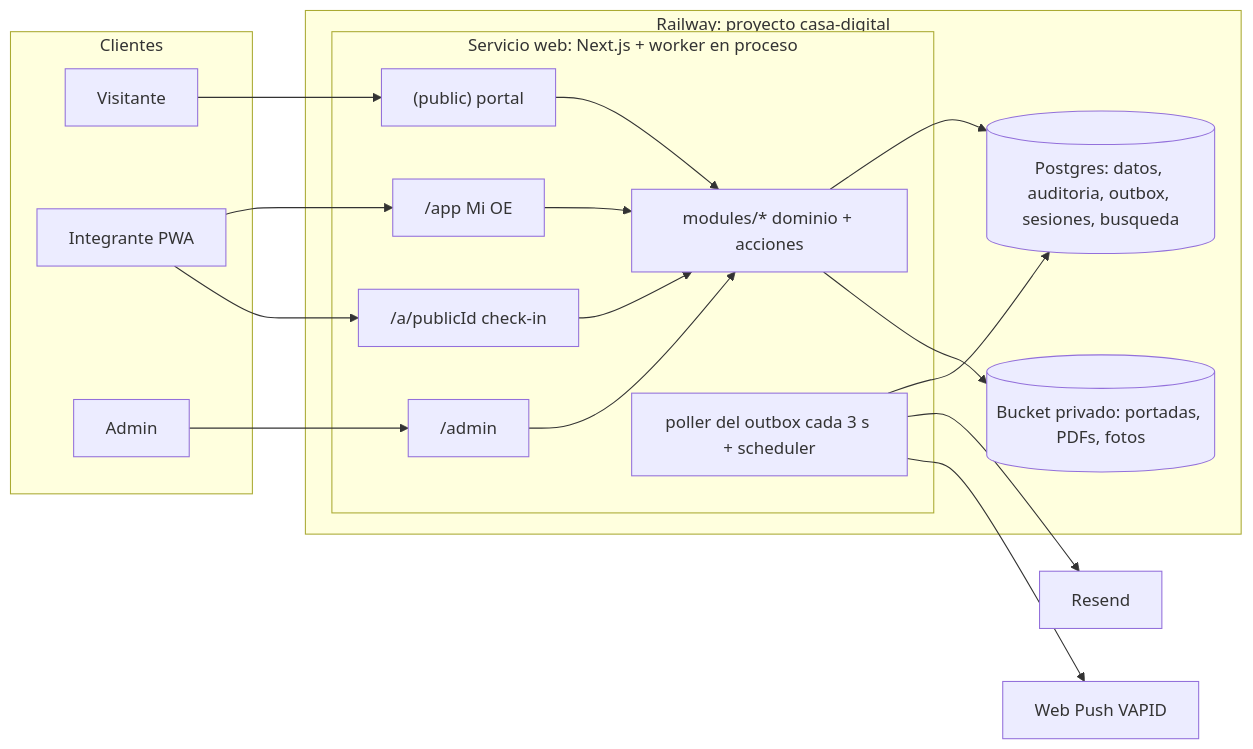
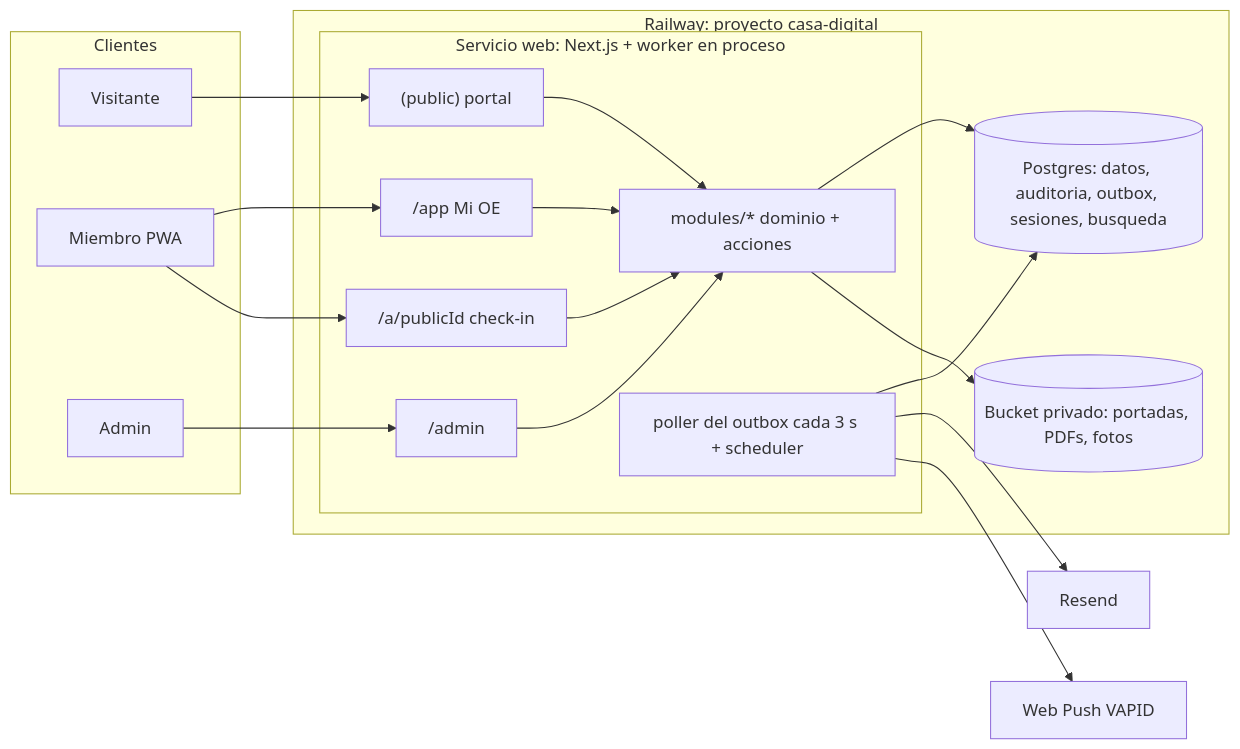
Before and after one commit to Mateoloperaortiz/LaOE: the diagram in docs/01-arquitectura.md, drawn with Mermaid. The commit also changed other lines of this file and 26 other files, not shown here.

````diff
--- a/docs/01-arquitectura.md
+++ b/docs/01-arquitectura.md
@@ -7,35 +7,35 @@
 ```mermaid
 flowchart LR
   subgraph clientes [Clientes]
     V[Visitante]
-    I[Integrante PWA]
+    I[Miembro PWA]
     A[Admin]
   end
   subgraph railway [Railway: proyecto casa-digital]
     subgraph web [Servicio web: Next.js + worker en proceso]
       Pub["(public) portal"]
       Mi["/app Mi OE"]
       Adm["/admin"]
       Chk["/a/publicId check-in"]
       Mod["modules/* dominio + acciones"]
       Poll["poller del outbox cada 3 s + scheduler"]
     end
     PG[(Postgres: datos, auditoria, outbox, sesiones, busqueda)]
     Bucket[(Bucket privado: portadas, PDFs, fotos)]
   end
   Mail[Resend]
   Push[Web Push VAPID]
   V --> Pub
   I --> Mi
   I --> Chk
   A --> Adm
   Pub --> Mod
   Mi --> Mod
   Adm --> Mod
   Chk --> Mod
   Mod --> PG
   Mod --> Bucket
   Poll --> PG
   Poll --> Mail
   Poll --> Push
 ```
````
